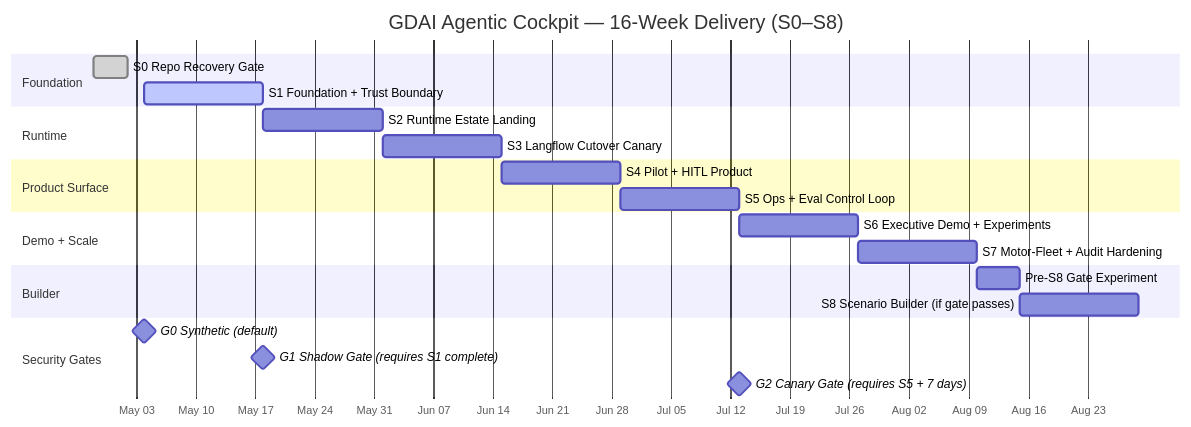
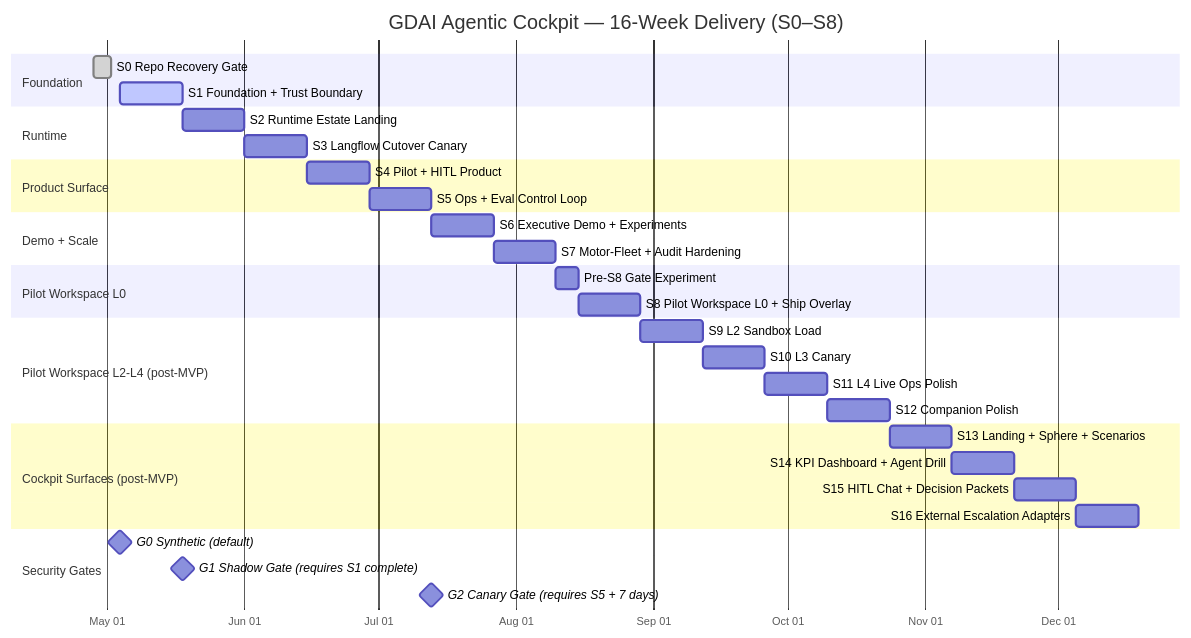
Diagram 13 of 17 in docs/architecture.md (edupazogle/agentic_cockpit), drawn with Mermaid before and after one commit. The commit also changed other lines of this file and 6 other files, not shown here.

First line of the commit message:
feat(cockpit): add cockpit surfaces architecture + sprints 13-16 + Linear sync

````diff
--- a/docs/architecture.md
+++ b/docs/architecture.md
@@ -668,31 +699,43 @@
 ```mermaid
 gantt
   title GDAI Agentic Cockpit — 16-Week Delivery (S0–S8)
   dateFormat  YYYY-MM-DD
   axisFormat  %b %d
 
   section Foundation
     S0 Repo Recovery Gate        :done,    s0, 2026-04-28, 4d
     S1 Foundation + Trust Boundary :active, s1, 2026-05-04, 14d
 
   section Runtime
     S2 Runtime Estate Landing    :         s2, after s1, 14d
     S3 Langflow Cutover Canary   :         s3, after s2, 14d
 
   section Product Surface
     S4 Pilot + HITL Product      :         s4, after s3, 14d
     S5 Ops + Eval Control Loop   :         s5, after s4, 14d
 
   section Demo + Scale
     S6 Executive Demo + Experiments :      s6, after s5, 14d
     S7 Motor-Fleet + Audit Hardening :     s7, after s6, 14d
 
-  section Builder
+  section Pilot Workspace L0
     Pre-S8 Gate Experiment       :         s8pre, after s7, 5d
-    S8 Scenario Builder (if gate passes) : s8, after s8pre, 14d
+    S8 Pilot Workspace L0 + Ship Overlay : s8, after s8pre, 14d
+
+  section Pilot Workspace L2-L4 (post-MVP)
+    S9 L2 Sandbox Load           :         s9, after s8, 14d
+    S10 L3 Canary                :         s10, after s9, 14d
+    S11 L4 Live Ops Polish       :         s11, after s10, 14d
+    S12 Companion Polish         :         s12, after s11, 14d
+
+  section Cockpit Surfaces (post-MVP)
+    S13 Landing + Sphere + Scenarios  :    s13, after s12, 14d
+    S14 KPI Dashboard + Agent Drill   :    s14, after s13, 14d
+    S15 HITL Chat + Decision Packets  :    s15, after s14, 14d
+    S16 External Escalation Adapters  :    s16, after s15, 14d
 
   section Security Gates
     G0 Synthetic (default)       :milestone, 2026-05-04, 0d
     G1 Shadow Gate (requires S1 complete) :milestone, after s1, 0d
     G2 Canary Gate (requires S5 + 7 days) :milestone, after s5, 0d
 ```
````
